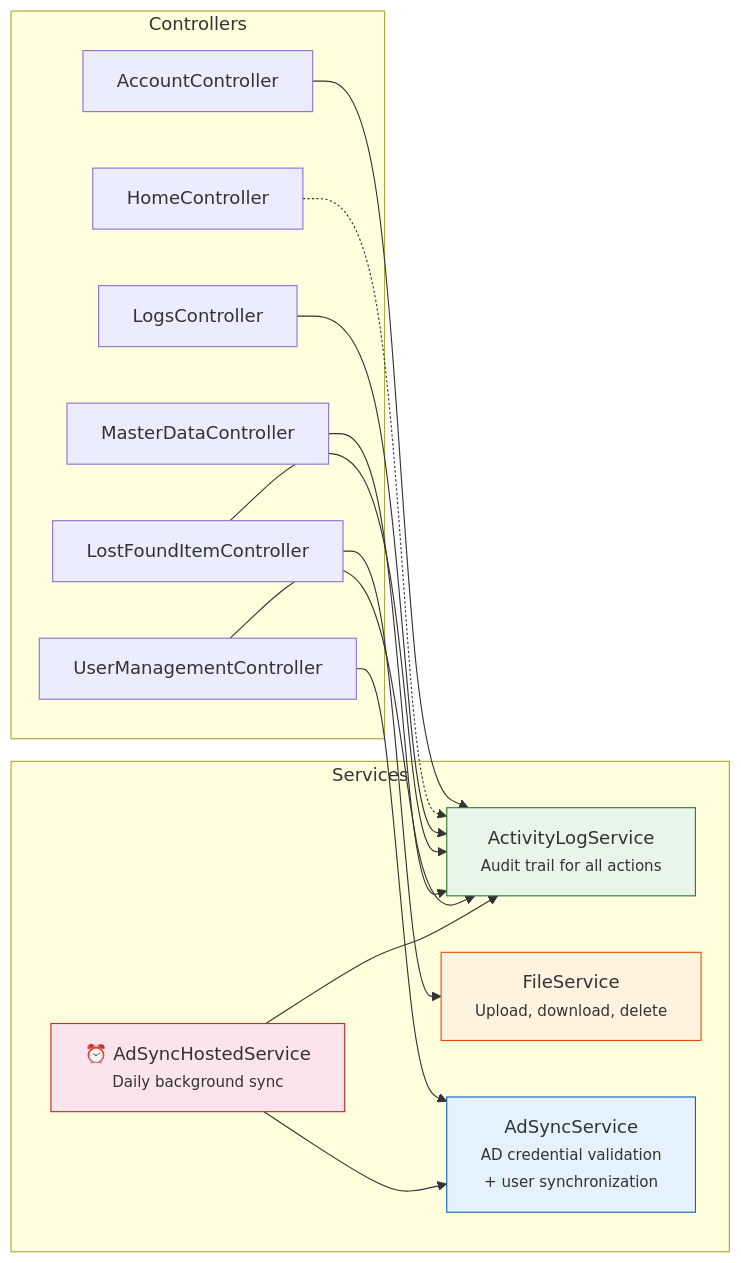
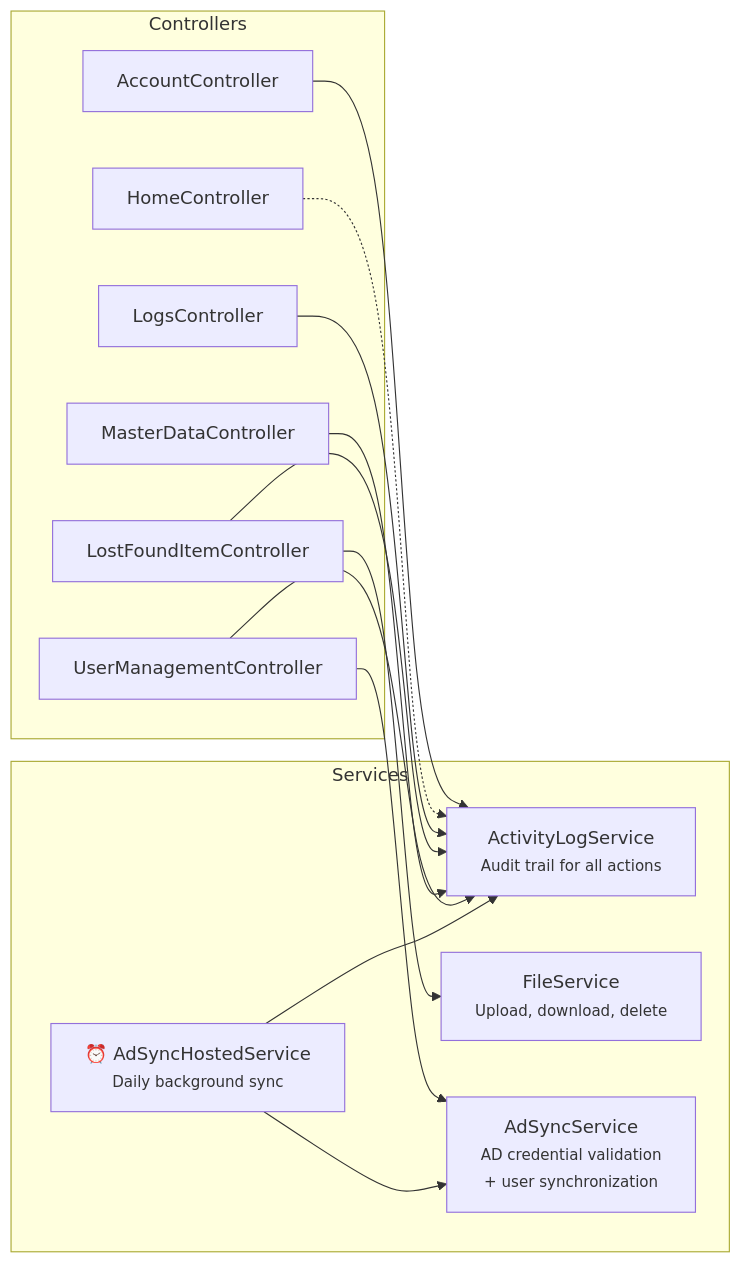
One commit to aminabibi19961996-gif/LostAndFoundApp changed the eighth of 9 diagrams in README.md. Above: the diagram before and after it, drawn with Mermaid. The commit also changed other lines of this file, not shown here.

Commit message:
fix: remove custom Mermaid colors for GitHub theme compatibility

````diff
--- a/README.md
+++ b/README.md
@@ -833,34 +812,30 @@
 ```mermaid
 graph LR
  subgraph Controllers
  C1[AccountController]
  C2[HomeController]
  C3[LogsController]
  C4[LostFoundItemController]
  C5[MasterDataController]
  C6[UserManagementController]
  end
 
  subgraph Services
  ALS["ActivityLogService<br/><small>Audit trail for all actions</small>"]
  FS["FileService<br/><small>Upload, download, delete</small>"]
  ADS["AdSyncService<br/><small>AD credential validation<br/>+ user synchronization</small>"]
  ADHS["⏰ AdSyncHostedService<br/><small>Daily background sync</small>"]
  end
 
  C1 --> ALS
  C2 -.-> ALS
  C3 --> ALS
  C4 --> ALS
  C4 --> FS
  C5 --> ALS
  C6 --> ALS
  C6 --> ADS
  ADHS --> ADS
  ADHS --> ALS
 
- style ALS fill:#e8f5e9,stroke:#2e7d32
- style FS fill:#fff3e0,stroke:#e65100
- style ADS fill:#e3f2fd,stroke:#1565c0
- style ADHS fill:#fce4ec,stroke:#c62828
 ```
````
